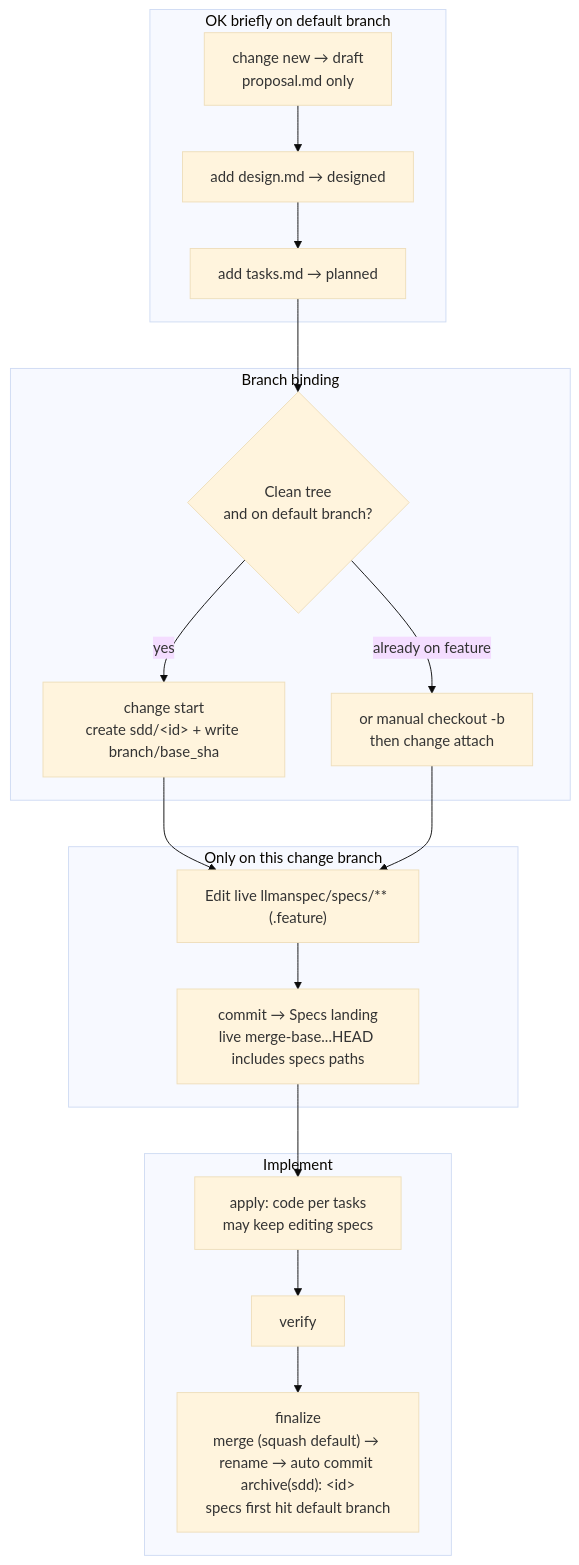
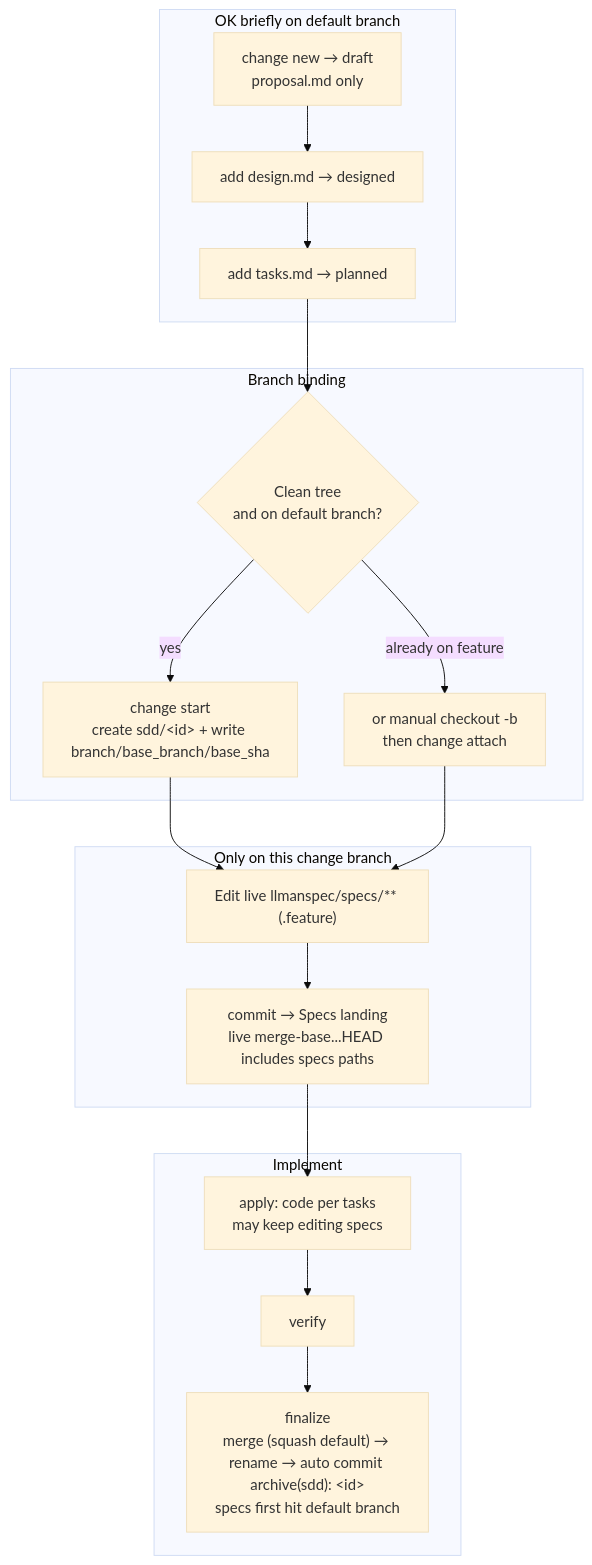
The diagram in crates/llman-sdd/templates/sdd/en/units/skills/git-native-flow.md (StrayDragon/llman), drawn with Mermaid (base theme) before and after one commit. The commit also changed 15 other files, not shown here.

````diff
--- a/crates/llman-sdd/templates/sdd/en/units/skills/git-native-flow.md
+++ b/crates/llman-sdd/templates/sdd/en/units/skills/git-native-flow.md
@@ -5,30 +5,30 @@
 ```mermaid
 flowchart TB
   subgraph main_ok["OK briefly on default branch"]
     A["change new → draft<br/>proposal.md only"]
     B1["add design.md → designed"]
     B2["add tasks.md → planned"]
   end
 
   subgraph gate_start["Branch binding"]
     C{"Clean tree<br/>and on default branch?"}
-    D["change start<br/>create sdd/&lt;id&gt; + write branch/base_sha"]
+    D["change start<br/>create sdd/&lt;id&gt; + write branch/base_branch/base_sha"]
     E["or manual checkout -b<br/>then change attach"]
   end
 
   subgraph specs_only["Only on this change branch"]
     F["Edit live llmanspec/specs/** (.feature)"]
     G["commit → Specs landing<br/>live merge-base...HEAD includes specs paths"]
   end
 
   subgraph implement["Implement"]
     H["apply: code per tasks<br/>may keep editing specs"]
     I["verify"]
     J["finalize<br/>merge (squash default) → rename → auto commit archive(sdd): &lt;id&gt;<br/>specs first hit default branch"]
   end
 
   A --> B1 --> B2 --> C
   C -->|yes| D --> F
   C -->|already on feature| E --> F
   F --> G --> H --> I --> J
 ```
````
